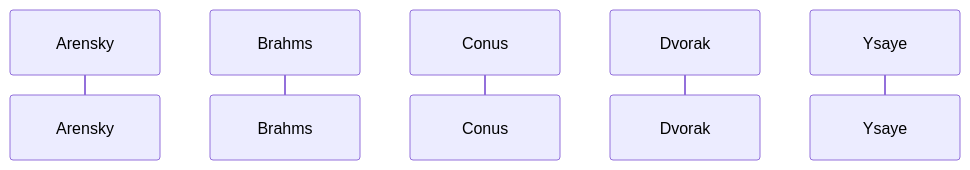
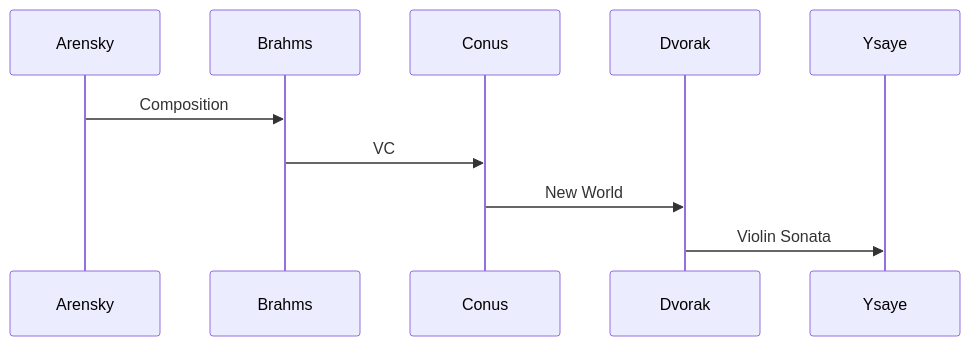
One commit to imccabed/newRepo changed the diagram in myMermaid.md. Above: the diagram before and after it, drawn with Mermaid.

Commit message:
Added downward sequence flow

````diff
--- a/myMermaid.md
+++ b/myMermaid.md
@@ -1,8 +1,13 @@
 ```mermaid
 sequenceDiagram
     participant Arensky
     participant Brahms
     participant Conus
     participant Dvorak
     participant Ysaye
+
+    Arensky ->> Brahms: Composition
+    Brahms ->> Conus: VC
+    Conus ->> Dvorak: New World
+    Dvorak ->> Ysaye: Violin Sonata
 ```
````
